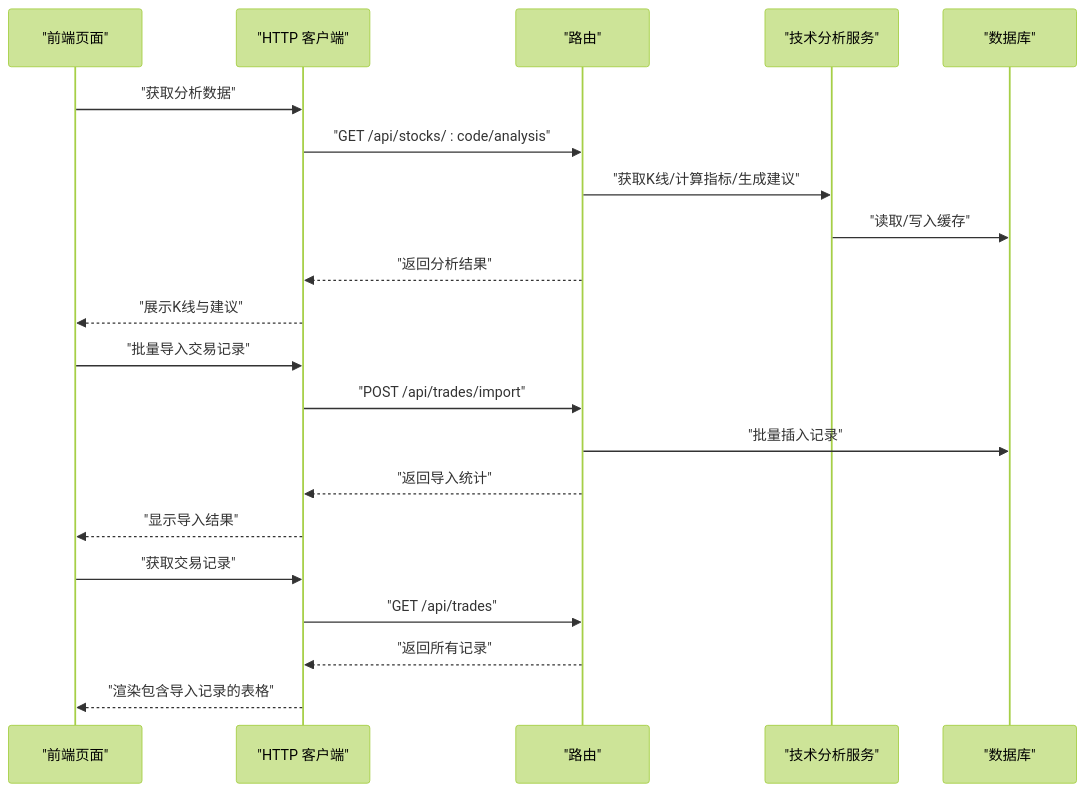
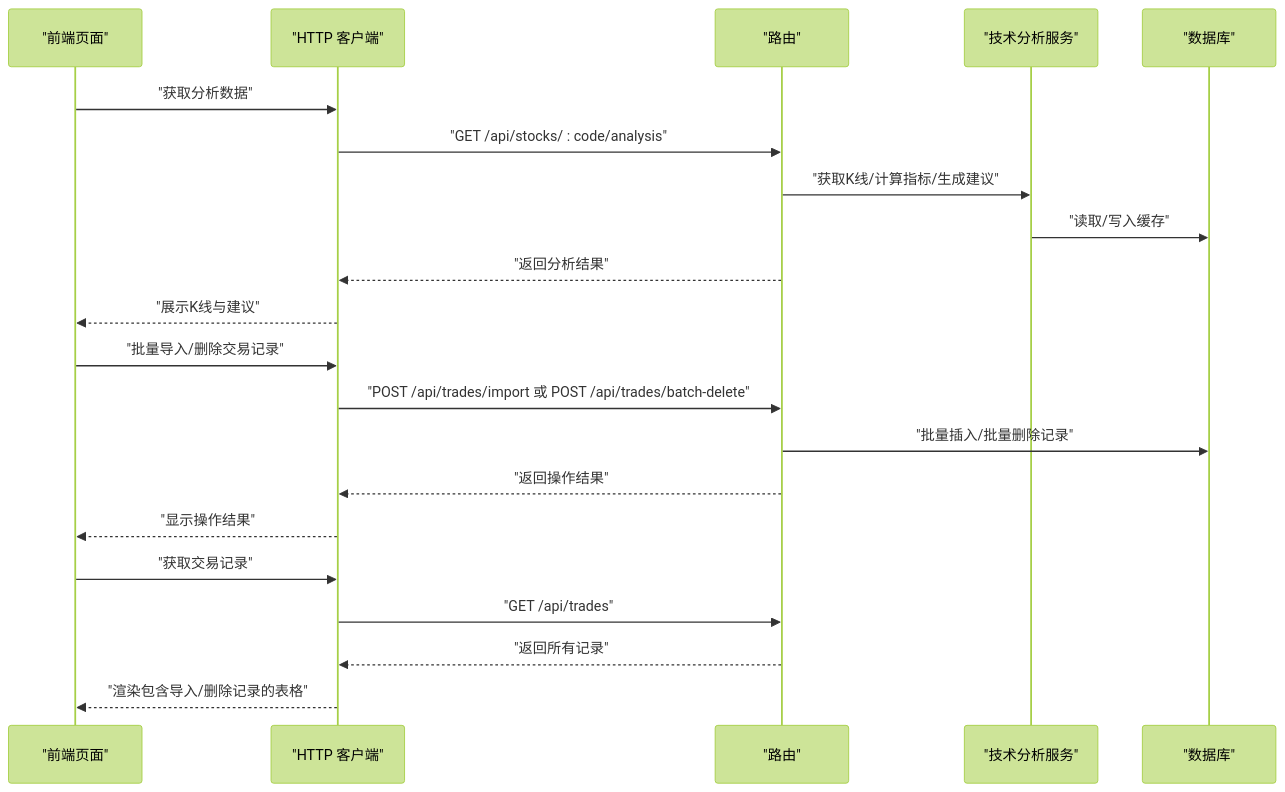
The seventh of 9 diagrams in .qoder/repowiki/zh/content/核心功能/交易记录管理.md (Moruime/stock_foker), drawn with Mermaid (forest theme) before and after one commit. The commit also changed other lines of this file and 10 other files, not shown here.

````diff
--- a/.qoder/repowiki/zh/content/核心功能/交易记录管理.md
+++ b/.qoder/repowiki/zh/content/核心功能/交易记录管理.md
@@ -294,23 +341,23 @@
 ```mermaid
 sequenceDiagram
 participant FE as "前端页面"
 participant API as "HTTP 客户端"
 participant Router as "路由"
 participant Service as "技术分析服务"
 participant DB as "数据库"
 FE->>API : "获取分析数据"
 API->>Router : "GET /api/stocks/ : code/analysis"
 Router->>Service : "获取K线/计算指标/生成建议"
 Service->>DB : "读取/写入缓存"
 Router-->>API : "返回分析结果"
 API-->>FE : "展示K线与建议"
-FE->>API : "批量导入交易记录"
-API->>Router : "POST /api/trades/import"
-Router->>DB : "批量插入记录"
-Router-->>API : "返回导入统计"
-API-->>FE : "显示导入结果"
+FE->>API : "批量导入/删除交易记录"
+API->>Router : "POST /api/trades/import 或 POST /api/trades/batch-delete"
+Router->>DB : "批量插入/批量删除记录"
+Router-->>API : "返回操作结果"
+API-->>FE : "显示操作结果"
 FE->>API : "获取交易记录"
 API->>Router : "GET /api/trades"
 Router-->>API : "返回所有记录"
-API-->>FE : "渲染包含导入记录的表格"
+API-->>FE : "渲染包含导入/删除记录的表格"
 ```
````
